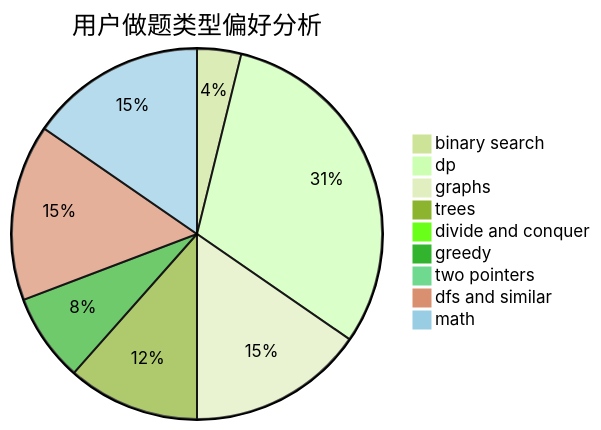
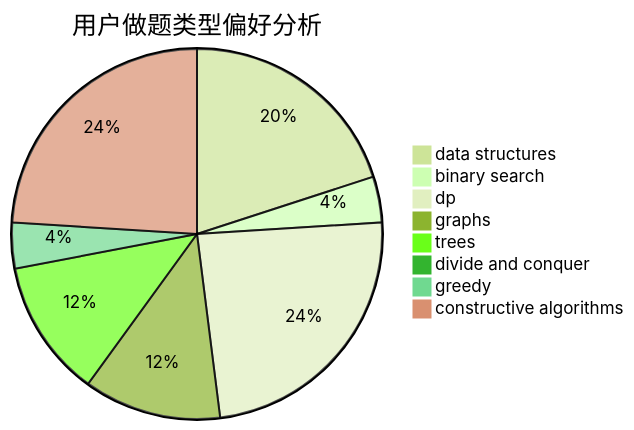
Before and after one commit to sherpahu/cfrs.github.io: the second of 3 diagrams in docs/user/u1005.md, drawn with Mermaid (forest theme). The commit also changed other lines of this file and 2775 other files, not shown here.

````diff
--- a/docs/user/u1005.md
+++ b/docs/user/u1005.md
@@ -23,12 +23,11 @@
 ```mermaid
 pie title 用户做题类型偏好分析
+    "data structures" :  5
     "binary search" :  1
-    "dp" :  8
-    "graphs" :  4
+    "dp" :  6
+    "graphs" :  3
     "trees" :  3
     "divide and conquer" :  0
-    "greedy" :  2
-    "two pointers" :  0
-    "dfs and similar" :  4
-    "math" :  4
+    "greedy" :  1
+    "constructive algorithms" :  6
 ```
````
